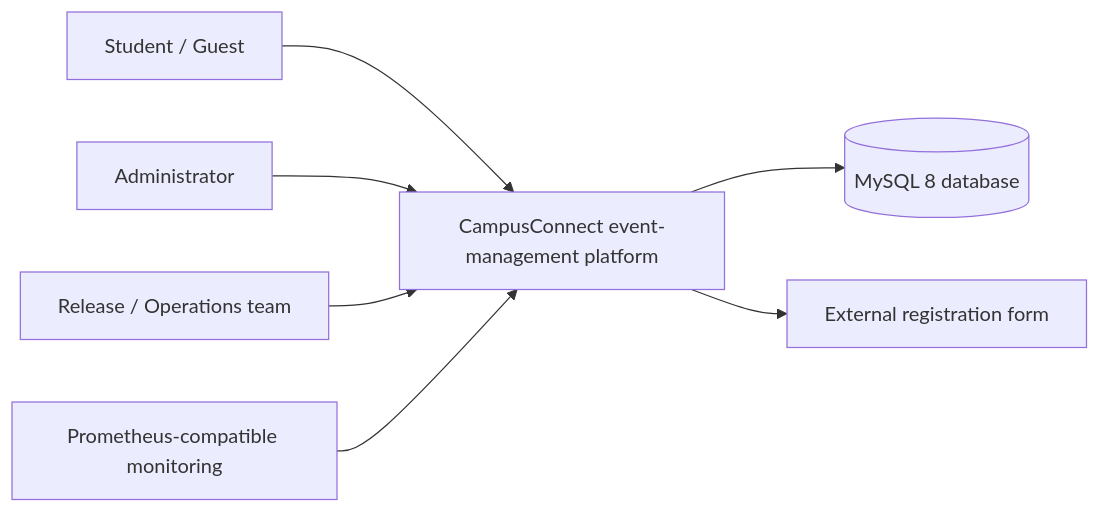
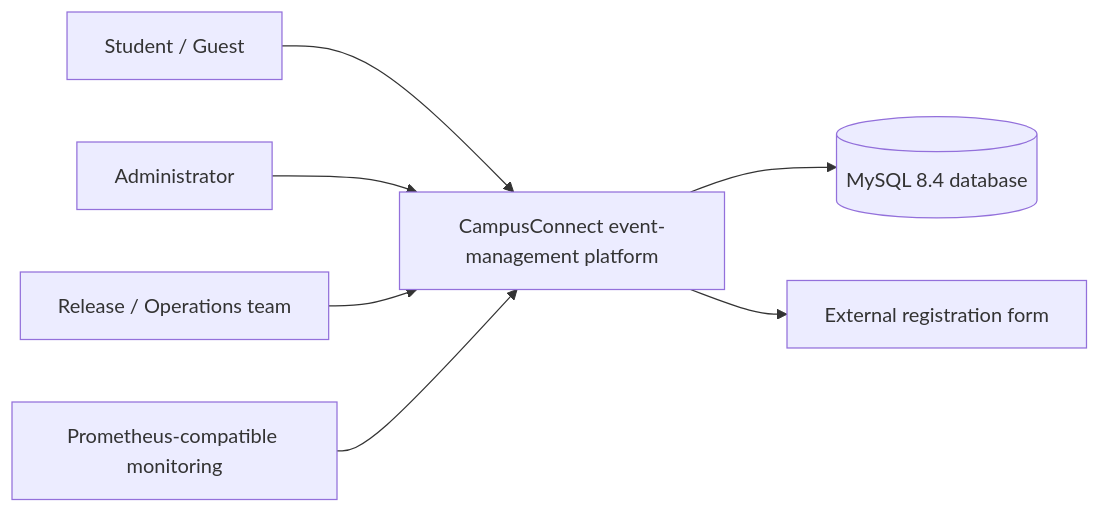
Before and after one commit to tejaswin-amara/campus-event-manager: the first of 4 diagrams in docs/architecture/README.md, drawn with Mermaid. The commit also changed other lines of this file and 14 other files, not shown here.

````diff
--- a/docs/architecture/README.md
+++ b/docs/architecture/README.md
@@ -19,9 +19,9 @@
 ```mermaid
 flowchart LR
     Student[Student / Guest] --> CampusConnect[CampusConnect event-management platform]
     Admin[Administrator] --> CampusConnect
-    CampusConnect --> MySQL[(MySQL 8 database)]
+    CampusConnect --> MySQL[(MySQL 8.4 database)]
     CampusConnect --> ExternalRegistration[External registration form]
     ReleaseOperator[Release / Operations team] --> CampusConnect
     Monitoring[Prometheus-compatible monitoring] --> CampusConnect
 ```
````
